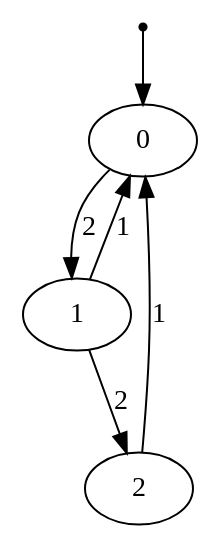
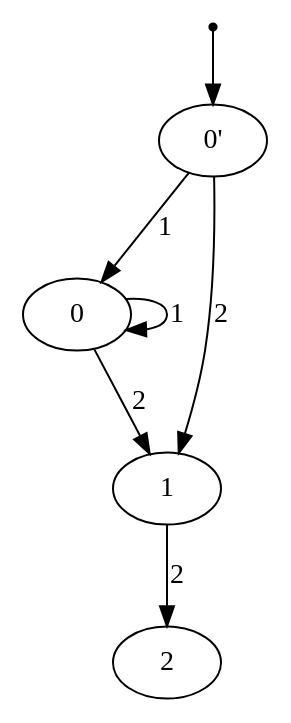
One commit to kladier/projetTL changed the diagram in automate-project/tmp.dot. Above: the diagram before and after it, drawn with Graphviz. The commit also changed 73 other files, not shown here.

```diff
--- a/automate-project/tmp.dot
+++ b/automate-project/tmp.dot
@@ -1,11 +1,13 @@
 digraph a { 
-F0[shape=point] ;
-F0->0 ;
-0->1 [label="2"] ;
-1 ;
-1->0 [label="1"] ;
-1->2 [label="2"] ;
-2 ;
-2->0 [label="1"] ;
+"F0'"[shape=point] ;
+"F0'"->"0'" ;
+"0'"->"0" [label="1"] ;
+"0'"->"1" [label="2"] ;
+"0" ;
+"0"->"0" [label="1"] ;
+"0"->"1" [label="2"] ;
+"1" ;
+"1"->"2" [label="2"] ;
+"2" ;
 
  }
```
